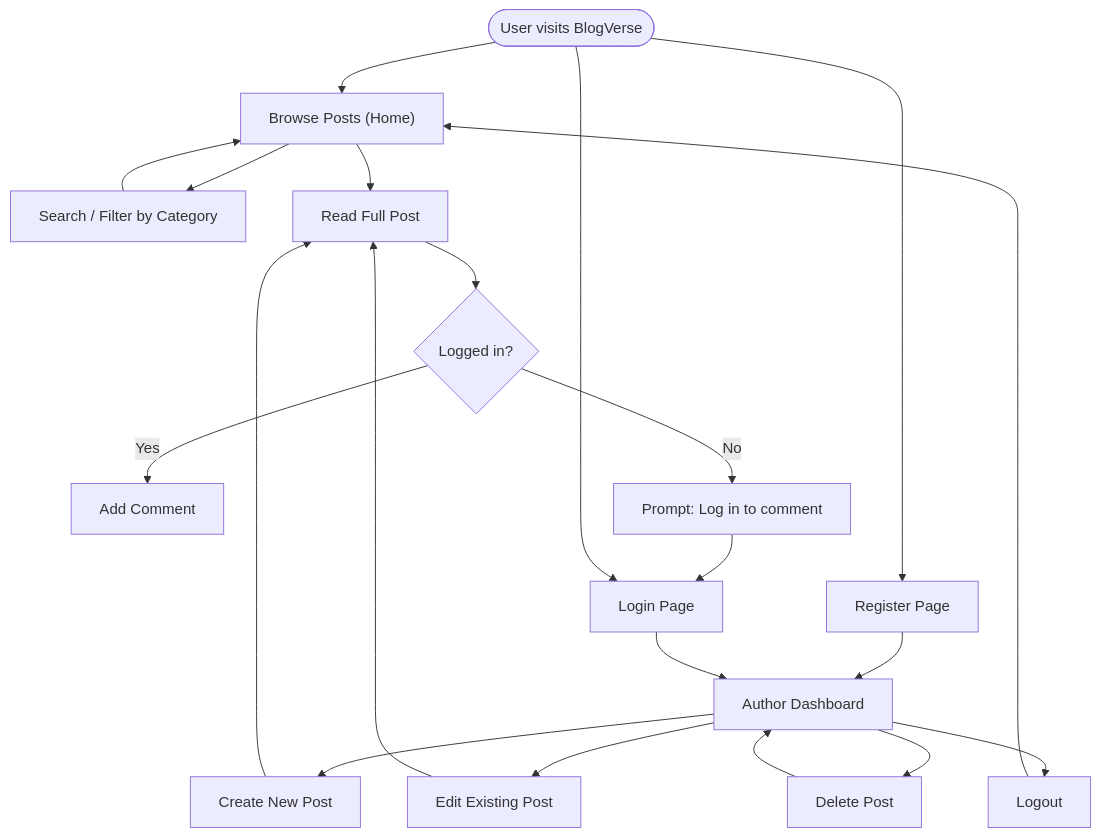
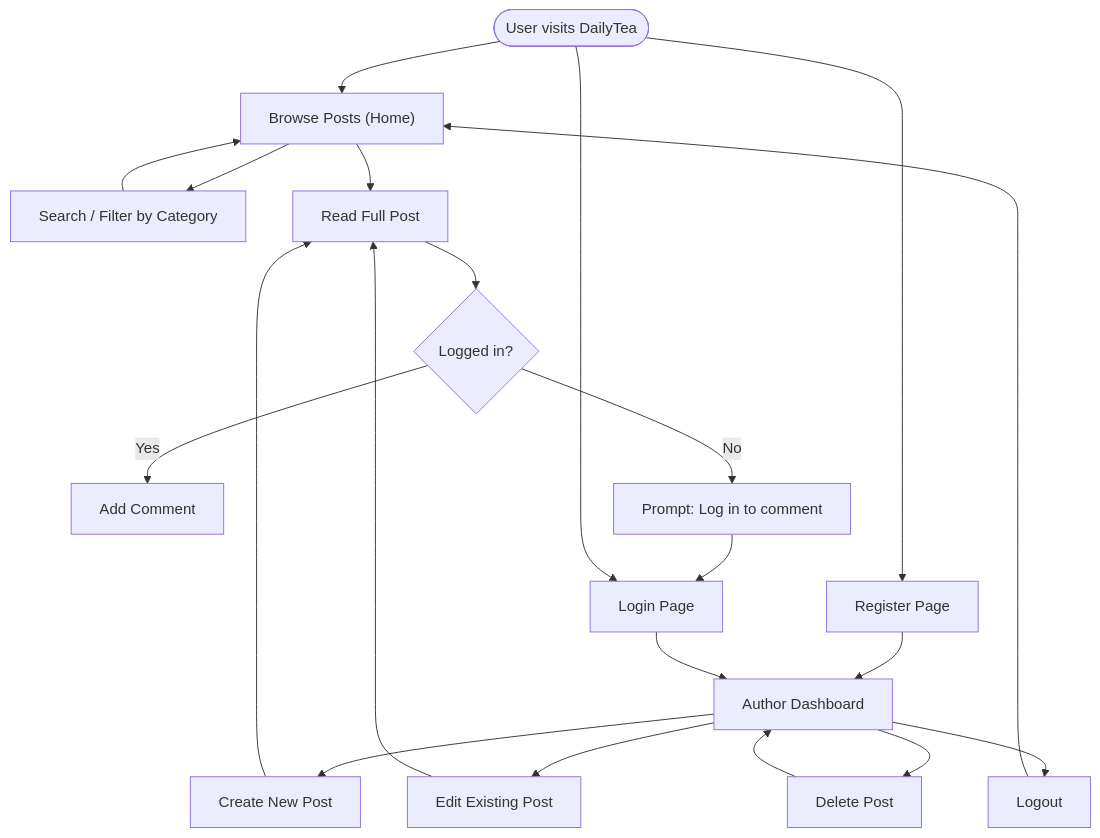
Before and after one commit to Low-P1ng/WEproject: the second of 3 diagrams in PROJECT_REPORT.md, drawn with Mermaid. The commit also changed other lines of this file and 6 other files, not shown here.

Commit message:
Rename application from BlogVerse to DailyTea

````diff
--- a/PROJECT_REPORT.md
+++ b/PROJECT_REPORT.md
@@ -103,26 +103,26 @@
 ```mermaid
 flowchart TD
-    Start(["User visits BlogVerse"]) --> Browse["Browse Posts (Home)"]
+    Start(["User visits DailyTea"]) --> Browse["Browse Posts (Home)"]
     Browse --> Search["Search / Filter by Category"]
     Search --> Browse
     Browse --> ViewPost["Read Full Post"]
     ViewPost --> Comment{"Logged in?"}
     Comment -- "Yes" --> AddComment["Add Comment"]
     Comment -- "No" --> LoginPrompt["Prompt: Log in to comment"]
     LoginPrompt --> Login["Login Page"]
     
     Start --> Login
     Start --> Register["Register Page"]
     Register --> Dashboard["Author Dashboard"]
     Login --> Dashboard
     
     Dashboard --> Create["Create New Post"]
     Create --> ViewPost
     Dashboard --> Edit["Edit Existing Post"]
     Edit --> ViewPost
     Dashboard --> Delete["Delete Post"]
     Delete --> Dashboard
     
     Dashboard --> Logout["Logout"]
     Logout --> Browse
 ```
````
